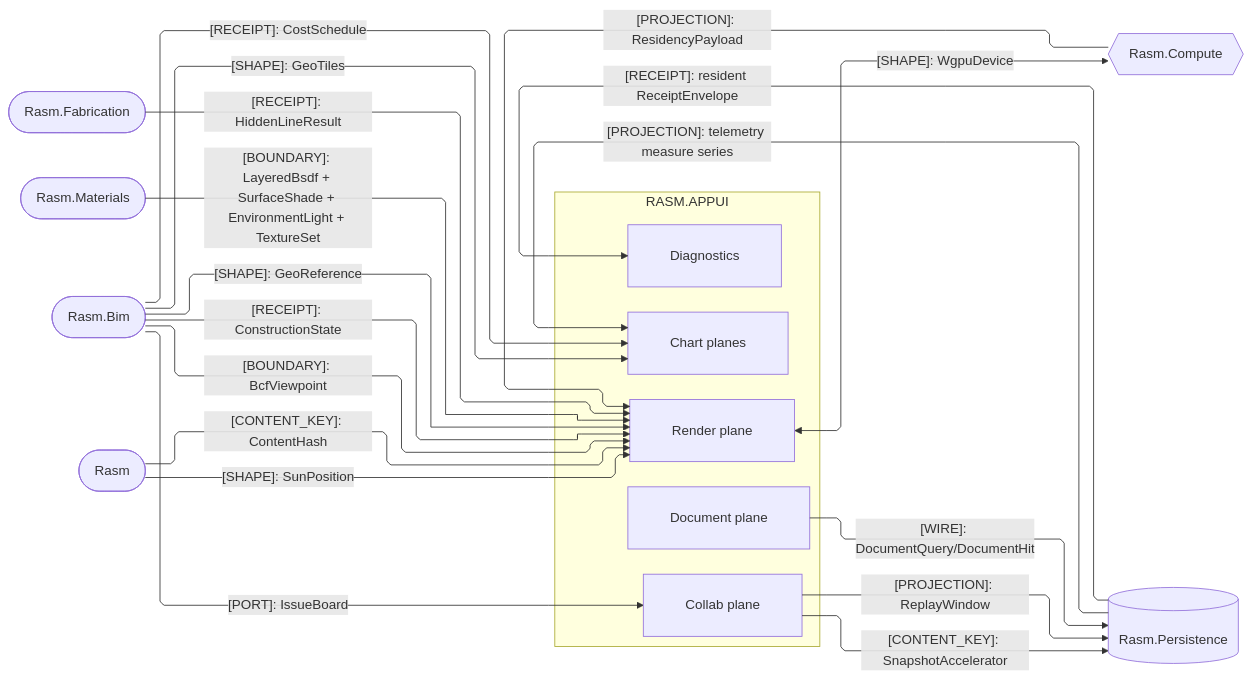
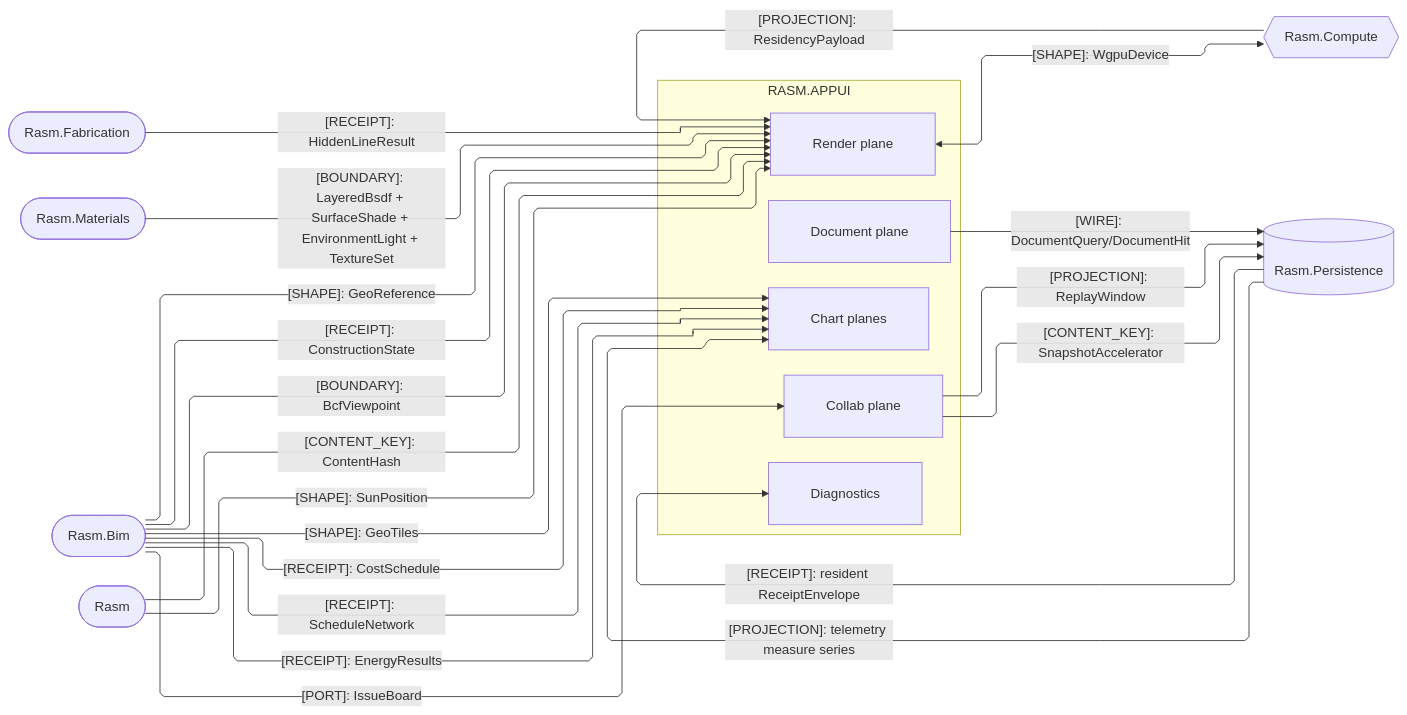
One commit to bsamiee/Rasm changed the second of 3 diagrams in libs/csharp/Rasm.AppUi/ARCHITECTURE.md. Above: the diagram before and after it, drawn with Mermaid. The commit also changed other lines of this file and 747 other files, not shown here.

````diff
--- a/libs/csharp/Rasm.AppUi/ARCHITECTURE.md
+++ b/libs/csharp/Rasm.AppUi/ARCHITECTURE.md
@@ -137,42 +137,44 @@
 ```mermaid
 ---
 config:
   layout: elk
   flowchart:
     curve: linear
     padding: 25
 ---
 flowchart LR
     accTitle: AppUi AEC-domain, render-source, and storage seams
     accDescr: AppUi render, chart, collaboration, and diagnostics owners exchanging residency projections, receipts, boundaries, content keys, and shared-device shapes with the AEC peers Compute, Fabrication, Materials, Bim, the kernel, and the Persistence store.
     subgraph appui[RASM.APPUI]
         Render[Render plane]
         Charts[Chart planes]
         Collab[Collab plane]
         Document[Document plane]
         Diagnostics[Diagnostics]
     end
     Compute{{Rasm.Compute}}
     Fabrication([Rasm.Fabrication])
     Materials([Rasm.Materials])
     Bim([Rasm.Bim])
     Rasm([Rasm])
     Persistence[(Rasm.Persistence)]
     Compute -->|"[PROJECTION]: ResidencyPayload"| Render
     Render <-->|"[SHAPE]: WgpuDevice"| Compute
     Fabrication -->|"[RECEIPT]: HiddenLineResult"| Render
     Materials -->|"[BOUNDARY]: LayeredBsdf + SurfaceShade + EnvironmentLight + TextureSet"| Render
     Rasm -->|"[CONTENT_KEY]: ContentHash"| Render
     Rasm -->|"[SHAPE]: SunPosition"| Render
     Bim -->|"[SHAPE]: GeoTiles"| Charts
     Bim -->|"[RECEIPT]: CostSchedule"| Charts
+    Bim -->|"[RECEIPT]: ScheduleNetwork"| Charts
+    Bim -->|"[RECEIPT]: EnergyResults"| Charts
     Persistence -->|"[PROJECTION]: telemetry measure series"| Charts
     Persistence -->|"[RECEIPT]: resident ReceiptEnvelope"| Diagnostics
     Bim -->|"[PORT]: IssueBoard"| Collab
     Collab -->|"[PROJECTION]: ReplayWindow"| Persistence
     Collab -->|"[CONTENT_KEY]: SnapshotAccelerator"| Persistence
     Document -->|"[WIRE]: DocumentQuery/DocumentHit"| Persistence
     Bim -->|"[RECEIPT]: ConstructionState"| Render
     Bim -->|"[BOUNDARY]: BcfViewpoint"| Render
     Bim -->|"[SHAPE]: GeoReference"| Render
 ```
````
